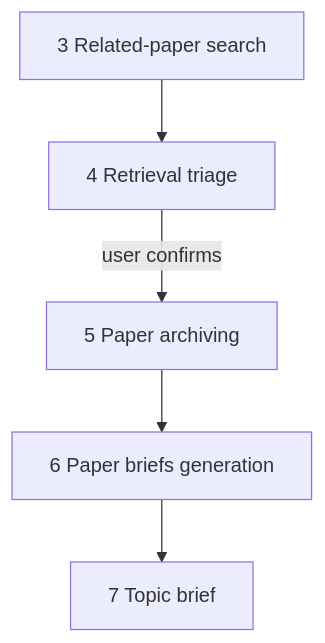
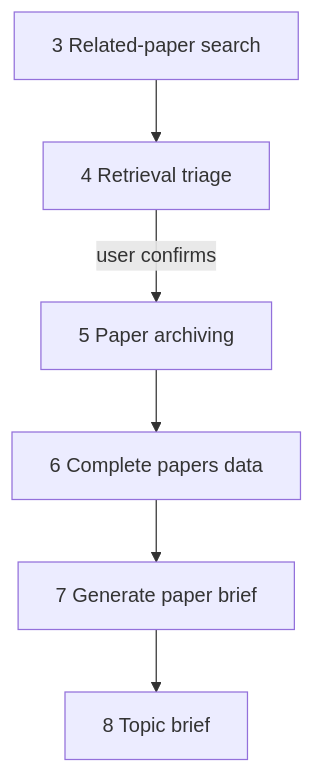
One commit to GustavoRusso/paper-reviewer changed the diagram in docs/specs/04-retrieval-triage.md. Above: the diagram before and after it, drawn with Mermaid. The commit also changed other lines of this file and 10 other files, not shown here.

Commit message:
spit the generate paper brief spec in two different specs

````diff
--- a/docs/specs/04-retrieval-triage.md
+++ b/docs/specs/04-retrieval-triage.md
@@ -44,12 +44,14 @@
 ```mermaid
 flowchart TB
   search[3 Related-paper search]
   triage[4 Retrieval triage]
   archive[5 Paper archiving]
-  briefs[6 Paper briefs generation]
-  topic[7 Topic brief]
+  complete[6 Complete papers data]
+  briefs[7 Generate paper brief]
+  topic[8 Topic brief]
   search --> triage
   triage -->|"user confirms"| archive
-  archive --> briefs
+  archive --> complete
+  complete --> briefs
   briefs --> topic
 ```
````
